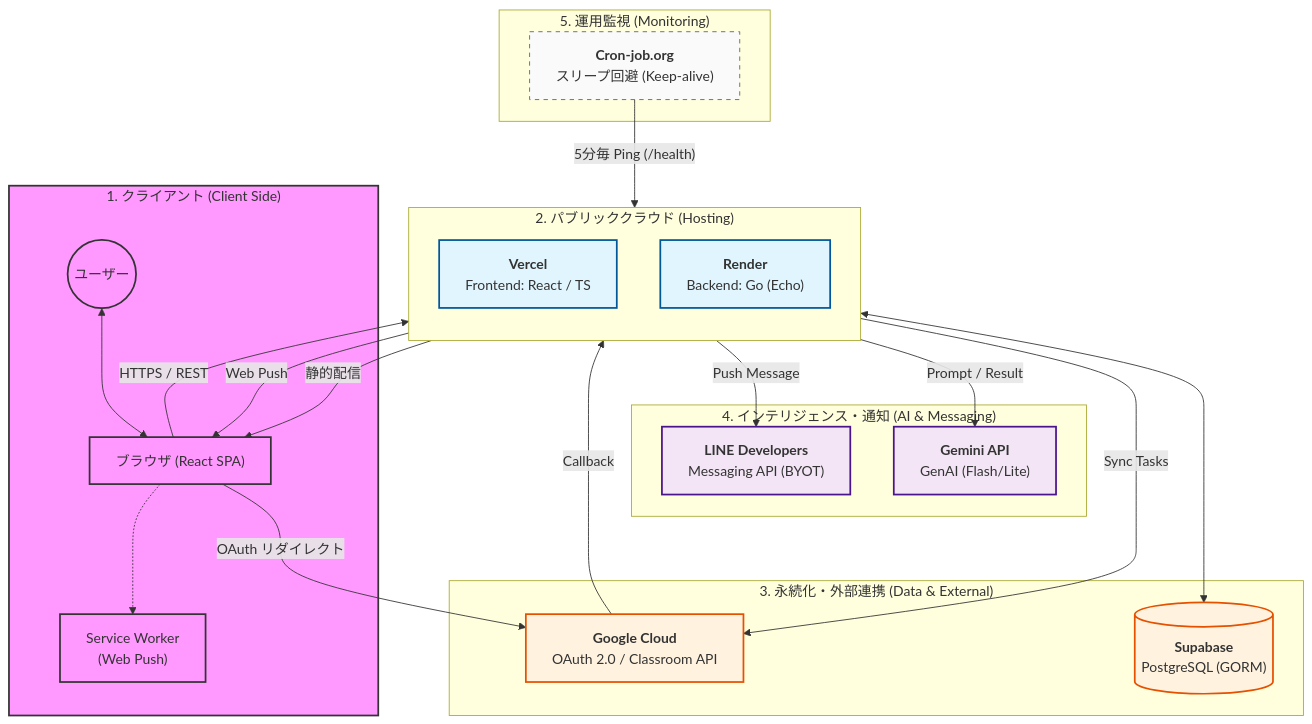
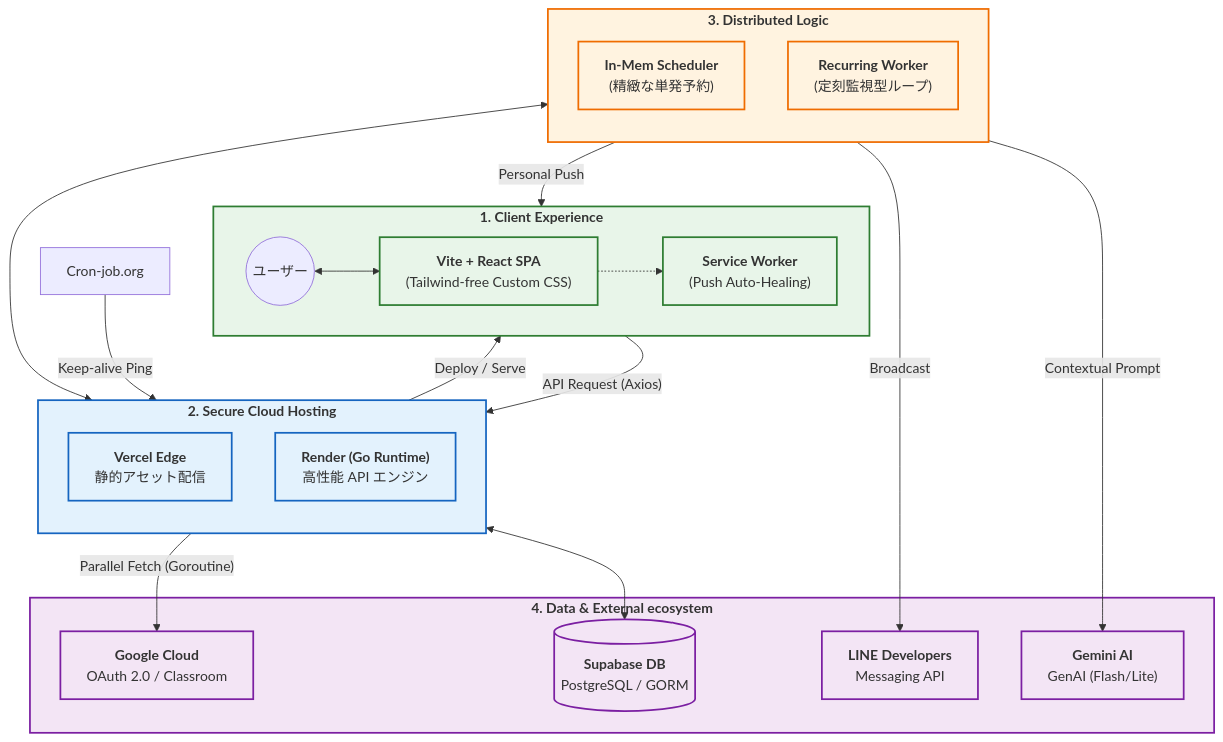
One commit to yuma25/Uni-Steps changed the diagram in docs/infrastructure/architecture.md. Above: the diagram before and after it, drawn with Mermaid. The commit also changed other lines of this file and 2 other files, not shown here.

Commit message:
docs & fix: インフラ構成の明文化とビルドエラーの解消
- infrastructure_reference.md: バックグラウンド監視ワーカーの動作原理を追記
- architecture.md: ハッカソン向けのテックスタックとビジュアル構成図を刷新
- DashboardPage.tsx: 不要な通知テスト用コードを削除し，TypeScript のビルドエラーを解消

````diff
--- a/docs/infrastructure/architecture.md
+++ b/docs/infrastructure/architecture.md
@@ -11,61 +24,56 @@
 ```mermaid
 graph TB
-    subgraph Client ["1. クライアント (Client Side)"]
+    subgraph Client ["<b>1. Client Experience</b>"]
+        direction LR
         User((ユーザー))
-        Browser["ブラウザ (React SPA)"]
-        SW["Service Worker<br/>(Web Push)"]
+        Browser["<b>Vite + React SPA</b><br/>(Tailwind-free Custom CSS)"]
+        SW["<b>Service Worker</b><br/>(Push Auto-Healing)"]
     end
 
-    subgraph Hosting ["2. パブリッククラウド (Hosting)"]
+    subgraph Hosting ["<b>2. Secure Cloud Hosting</b>"]
         direction TB
-        Vercel["<b>Vercel</b><br/>Frontend: React / TS"]
-        Render["<b>Render</b><br/>Backend: Go (Echo)"]
+        Vercel["<b>Vercel Edge</b><br/>静的アセット配信"]
+        Render["<b>Render (Go Runtime)</b><br/>高性能 API エンジン"]
     end
 
-    subgraph Data ["3. 永続化・外部連携 (Data & External)"]
-        Supabase[("<b>Supabase</b><br/>PostgreSQL (GORM)")]
-        GoogleClassroom["<b>Google Cloud</b><br/>OAuth 2.0 / Classroom API"]
+    subgraph Logic ["<b>3. Distributed Logic</b>"]
+        direction TB
+        Scheduler["<b>In-Mem Scheduler</b><br/>(精緻な単発予約)"]
+        Worker["<b>Recurring Worker</b><br/>(定刻監視型ループ)"]
     end
 
-    subgraph Intelligence ["4. インテリジェンス・通知 (AI & Messaging)"]
-        Gemini["<b>Gemini API</b><br/>GenAI (Flash/Lite)"]
-        LINE["<b>LINE Developers</b><br/>Messaging API (BYOT)"]
+    subgraph Data ["<b>4. Data & External ecosystem</b>"]
+        Supabase[("<b>Supabase DB</b><br/>PostgreSQL / GORM")]
+        GoogleCloud["<b>Google Cloud</b><br/>OAuth 2.0 / Classroom"]
+        Gemini["<b>Gemini AI</b><br/>GenAI (Flash/Lite)"]
+        LINE["<b>LINE Developers</b><br/>Messaging API"]
     end
 
-    subgraph External ["5. 運用監視 (Monitoring)"]
-        CronJob["<b>Cron-job.org</b><br/>スリープ回避 (Keep-alive)"]
-    end
-
-    %% --- ネットワーク経路 ---
+    %% --- ネットワーク & データ通信 ---
     User <--> Browser
-    Browser -- "HTTPS / REST" --> Render
-    Vercel -- "静的配信" --> Browser
+    Browser -- "API Request (Axios)" --> Render
+    Vercel -- "Deploy / Serve" --> Browser
+    Render <--> Logic
     Render <--> Supabase
     
-    %% 認証・同期フロー
-    Browser -- "OAuth リダイレクト" --> GoogleClassroom
-    GoogleClassroom -- "Callback" --> Render
-    Render -- "Sync Tasks" --> GoogleClassroom
-    
-    %% 知能・通知
-    Render -- "Prompt / Result" --> Gemini
-    Render -- "Push Message" --> LINE
-    Render -- "Web Push" --> Browser
+    %% 外部連携
+    Render -- "Parallel Fetch (Goroutine)" --> GoogleCloud
+    Logic -- "Contextual Prompt" --> Gemini
+    Logic -- "Broadcast" --> LINE
+    Logic -- "Personal Push" --> Browser
     Browser -.-> SW
 
     %% 監視
-    CronJob -- "5分毎 Ping (/health)" --> Render
+    Cron["Cron-job.org"] -- "Keep-alive Ping" --> Render
 
     %% --- スタイリング ---
-    classDef client fill:#f9f,stroke:#333,stroke-width:2px;
-    classDef hosting fill:#e1f5fe,stroke:#01579b,stroke-width:2px;
-    classDef data fill:#fff3e0,stroke:#e65100,stroke-width:2px;
-    classDef intel fill:#f3e5f5,stroke:#4a148c,stroke-width:2px;
-    classDef ext fill:#fafafa,stroke:#616161,stroke-dasharray: 5 5;
+    classDef client fill:#e8f5e9,stroke:#2e7d32,stroke-width:2px;
+    classDef hosting fill:#e3f2fd,stroke:#1565c0,stroke-width:2px;
+    classDef logic fill:#fff3e0,stroke:#ef6c00,stroke-width:2px;
+    classDef data fill:#f3e5f5,stroke:#7b1fa2,stroke-width:2px;
 
-    class Client,User,Browser,SW client;
-    class Vercel,Render hosting;
-    class Supabase,GoogleClassroom data;
-    class Gemini,LINE intel;
-    class CronJob ext;
+    class Client,Browser,SW client;
+    class Hosting,Vercel,Render hosting;
+    class Logic,Scheduler,Worker logic;
+    class Data,Supabase,GoogleCloud,Gemini,LINE data;
 ```
````
